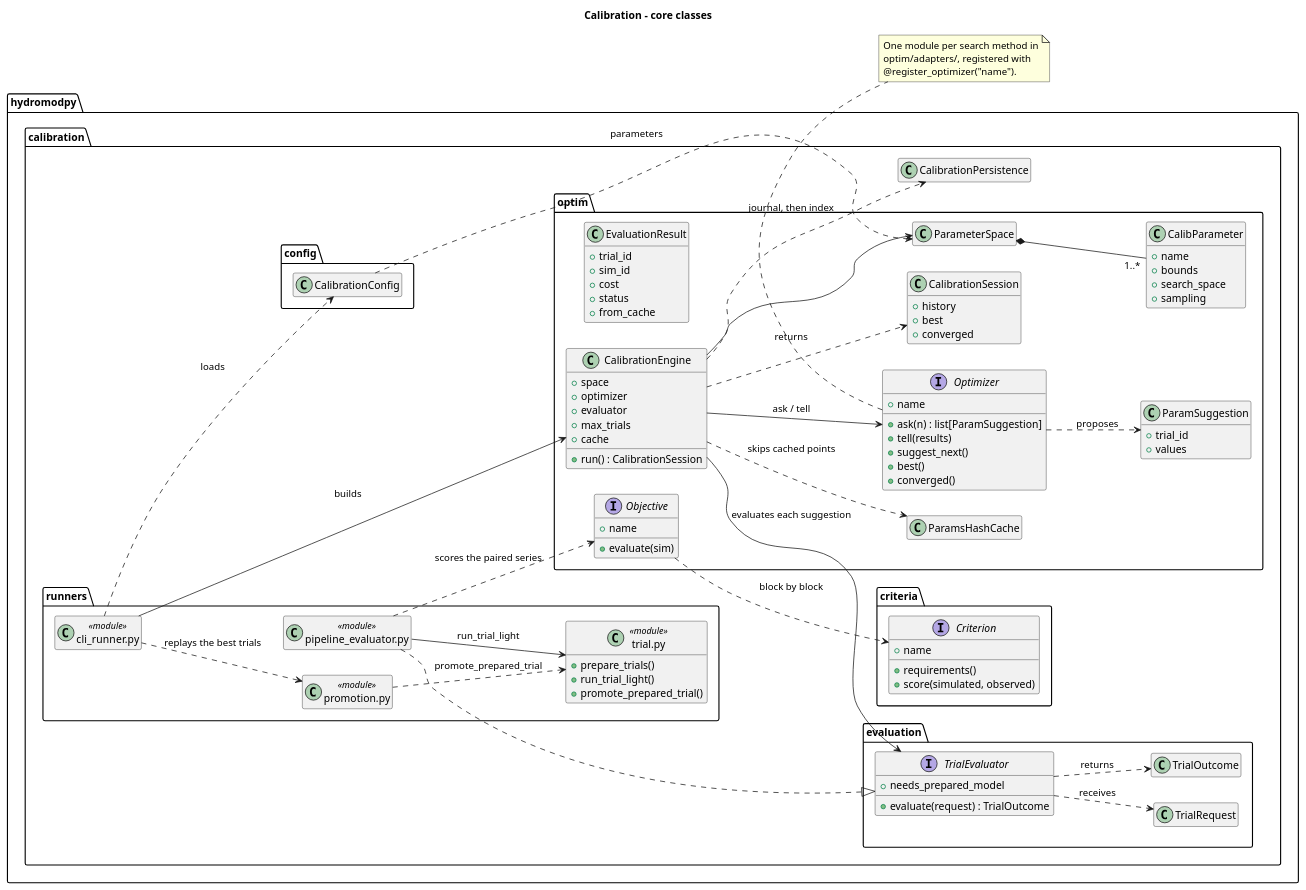
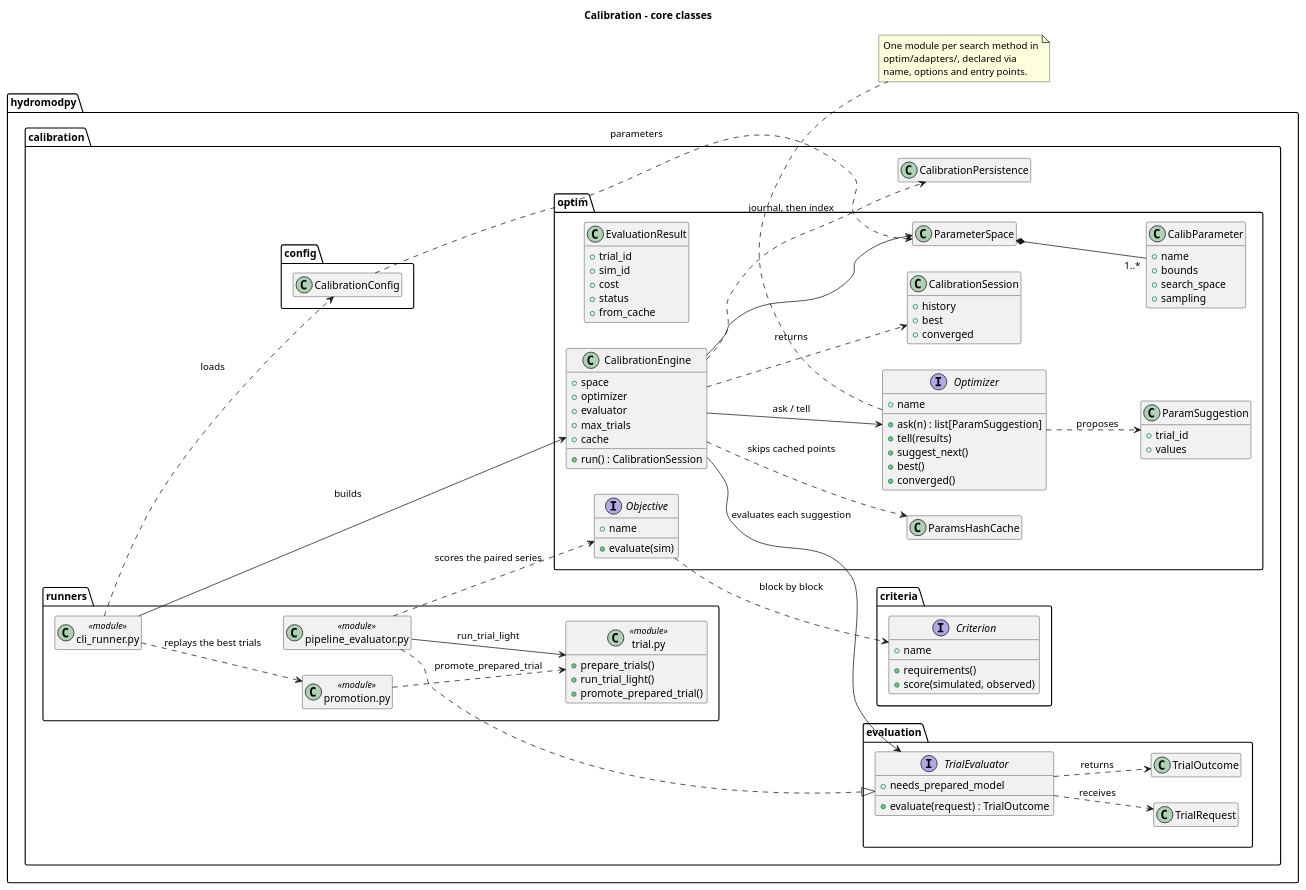
The diagram in docs/source/contribute/architecture/calibration/diagrams/calibration_classes.wsd (HydroModPy/HydroModPy), drawn with PlantUML before and after one commit. The commit also changed 196 other files, not shown here.

```diff
--- a/docs/source/contribute/architecture/calibration/diagrams/calibration_classes.wsd
+++ b/docs/source/contribute/architecture/calibration/diagrams/calibration_classes.wsd
@@ -1,121 +1,121 @@
 @startuml
 title Calibration - core classes
 left to right direction
 hide empty members
 
 package "hydromodpy.calibration.config" {
   class CalibrationConfig
 }
 
 package "hydromodpy.calibration.optim" {
   class ParameterSpace
   class CalibParameter {
     +name
     +bounds
     +search_space
     +sampling
   }
 
   interface Optimizer {
     +name
     +ask(n) : list[ParamSuggestion]
     +tell(results)
     +suggest_next()
     +best()
     +converged()
   }
 
   class ParamSuggestion {
     +trial_id
     +values
   }
 
   class EvaluationResult {
     +trial_id
     +sim_id
     +cost
     +status
     +from_cache
   }
 
   class CalibrationEngine {
     +space
     +optimizer
     +evaluator
     +max_trials
     +cache
     +run() : CalibrationSession
   }
 
   class CalibrationSession {
     +history
     +best
     +converged
   }
 
   class ParamsHashCache
 
   interface Objective {
     +name
     +evaluate(sim)
   }
 }
 
 package "hydromodpy.calibration.evaluation" {
   interface TrialEvaluator {
     +needs_prepared_model
     +evaluate(request) : TrialOutcome
   }
   class TrialRequest
   class TrialOutcome
 }
 
 package "hydromodpy.calibration.criteria" {
   interface Criterion {
     +name
     +requirements()
     +score(simulated, observed)
   }
 }
 
 package "hydromodpy.calibration.runners" {
   class "pipeline_evaluator.py" as PipelineEvaluator <<module>>
   class "trial.py" as TrialModule <<module>> {
     +prepare_trials()
     +run_trial_light()
     +promote_prepared_trial()
   }
   class "cli_runner.py" as CliRunner <<module>>
   class "promotion.py" as Promotion <<module>>
 }
 
 package "hydromodpy.calibration" {
   class CalibrationPersistence
 }
 
 CalibrationConfig ..> ParameterSpace : parameters
 ParameterSpace *-- "1..*" CalibParameter
 CliRunner ..> CalibrationConfig : loads
 CliRunner --> CalibrationEngine : builds
 CalibrationEngine --> ParameterSpace
 CalibrationEngine --> Optimizer : ask / tell
 CalibrationEngine --> TrialEvaluator : evaluates each suggestion
 CalibrationEngine ..> ParamsHashCache : skips cached points
 CalibrationEngine ..> CalibrationPersistence : journal, then index
 CalibrationEngine ..> CalibrationSession : returns
 Optimizer ..> ParamSuggestion : proposes
 TrialEvaluator ..> TrialRequest : receives
 TrialEvaluator ..> TrialOutcome : returns
 PipelineEvaluator ..|> TrialEvaluator
 PipelineEvaluator --> TrialModule : run_trial_light
 PipelineEvaluator ..> Objective : scores the paired series
 Objective ..> Criterion : block by block
 CliRunner ..> Promotion : replays the best trials
 Promotion ..> TrialModule : promote_prepared_trial
 
 note bottom of Optimizer
 One module per search method in
-optim/adapters/, registered with
-@register_optimizer("name").
+optim/adapters/, declared via
+name, options and entry points.
 end note
 @enduml
```
